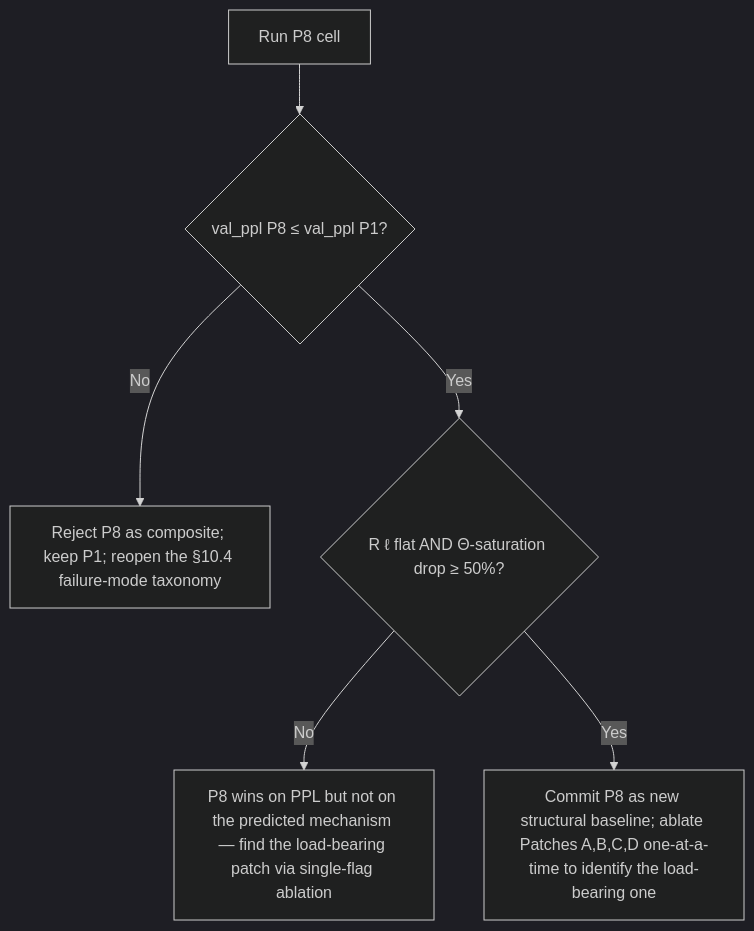
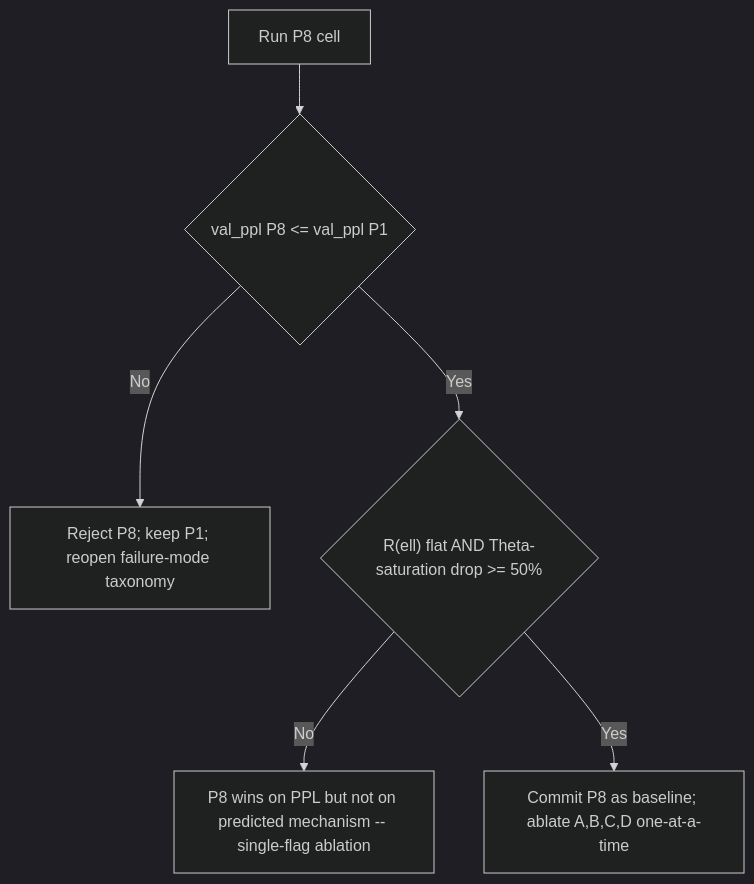
Before and after one commit to dimitarpg13/semsimula-paper: the fifth of 5 diagrams in companion_notes/PARF_Augmented_SPLM_Architecture_v2.md, drawn with Mermaid (dark theme). The commit also changed other lines of this file and 1 other file, not shown here.

First line of the commit message:
Fix GitHub rendering in PARF_Augmented_SPLM_Architecture and remove duplicate

````diff
--- a/companion_notes/PARF_Augmented_SPLM_Architecture_v2.md
+++ b/companion_notes/PARF_Augmented_SPLM_Architecture_v2.md
@@ -903,8 +900,8 @@
 ```mermaid
 flowchart TD
-    A[Run P8 cell] --> B{val_ppl P8 ≤ val_ppl P1?}
-    B -- No --> C[Reject P8 as composite; keep P1; reopen the §10.4 failure-mode taxonomy]
-    B -- Yes --> D{R ℓ flat AND Θ-saturation drop ≥ 50%?}
-    D -- No --> E[P8 wins on PPL but not on the predicted mechanism — find the load-bearing patch via single-flag ablation]
-    D -- Yes --> F[Commit P8 as new structural baseline; ablate Patches A,B,C,D one-at-a-time to identify the load-bearing one]
+    A[Run P8 cell] --> B{"val_ppl P8 <= val_ppl P1"}
+    B -- No --> C["Reject P8; keep P1; reopen failure-mode taxonomy"]
+    B -- Yes --> D{"R(ell) flat AND Theta-saturation drop >= 50%"}
+    D -- No --> E["P8 wins on PPL but not on predicted mechanism -- single-flag ablation"]
+    D -- Yes --> F["Commit P8 as baseline; ablate A,B,C,D one-at-a-time"]
 ```
````
